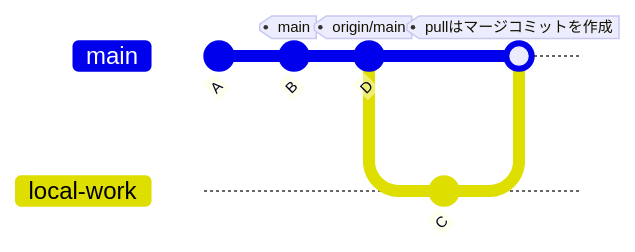
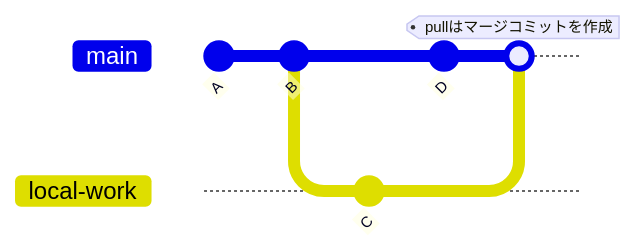
One commit to suwa-sh/zenn-contents changed diagram 20 of 36 in articles/git_20250824.md. Above: the diagram before and after it, drawn with Mermaid. The commit also changed other lines of this file, not shown here.

````diff
--- a/articles/git_20250824.md
+++ b/articles/git_20250824.md
@@ -621,11 +633,11 @@
         ```mermaid
         gitGraph
             commit id: "A"
-            commit id: "B" tag: "main"
-            commit id: "D" tag: "origin/main"
+            commit id: "B"
             branch local-work
             checkout local-work
             commit id: "C"
             checkout main
+            commit id: "D"
             merge local-work tag: "pullはマージコミットを作成"
         ```
````
